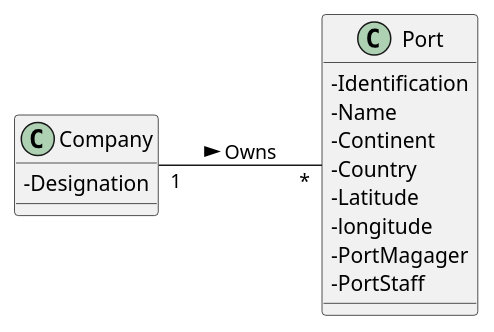
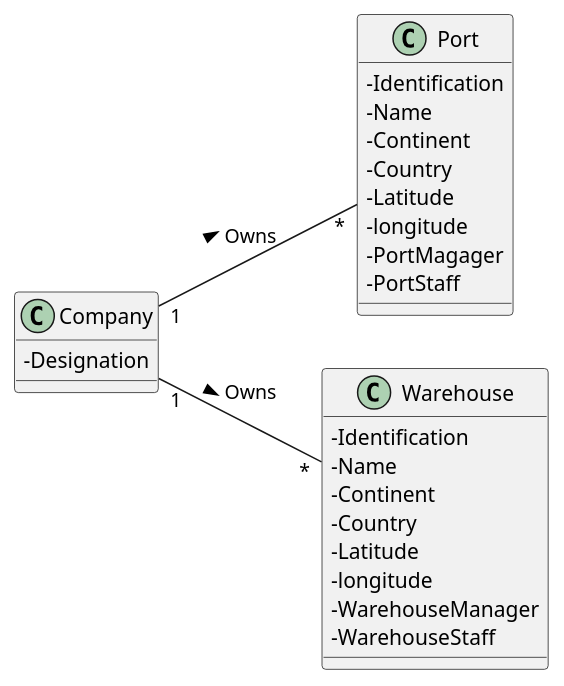
The diagram in docs/Sprint 3/US/US310/US310_MD.puml (1190772/LAB-Project-3), drawn with PlantUML before and after one commit. The commit also changed 6 other files, not shown here.

```diff
--- a/docs/Sprint 3/US/US310/US310_MD.puml
+++ b/docs/Sprint 3/US/US310/US310_MD.puml
@@ -1,25 +1,37 @@
 @startuml
 'https://plantuml.com/class-diagram
 
 skinparam classAttributeIconSize 0
 
 left to right direction
 
 class Company {
 -Designation
 }
 
 class Port {
 -Identification
 -Name
 -Continent
 -Country
 -Latitude
 -longitude
 -PortMagager
 -PortStaff
 }
 
+class Warehouse {
+-Identification
+-Name
+-Continent
+-Country
+-Latitude
+-longitude
+-WarehouseManager
+-WarehouseStaff
+}
+
 Company "1" -- "*" Port : Owns >
+Company "1" -- "*" Warehouse : Owns >
 
 @enduml
```
